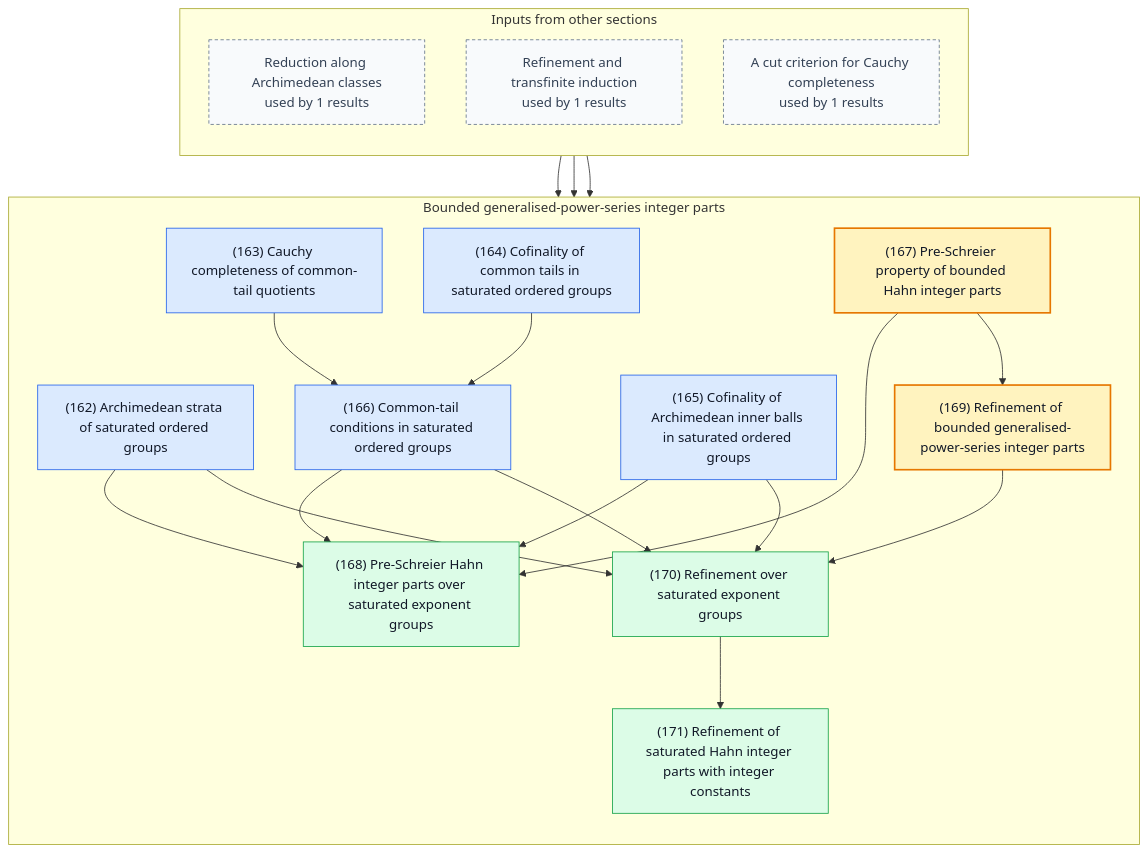
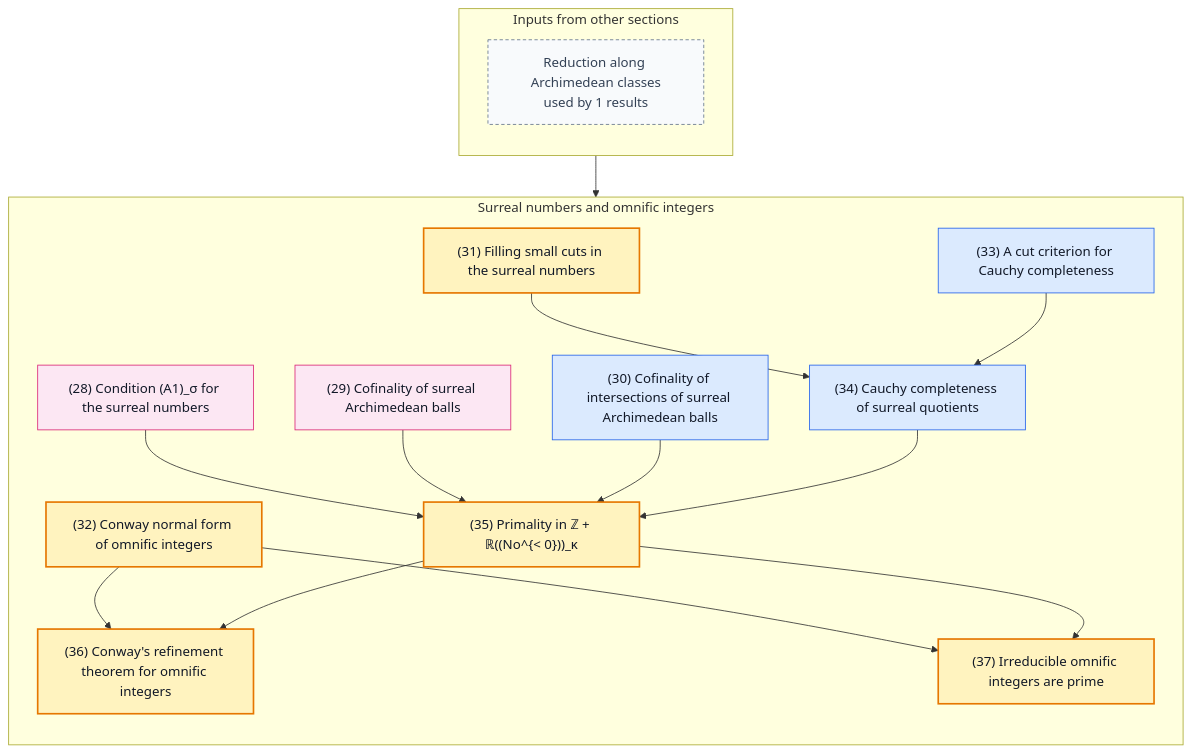
The fifth of 5 diagrams in README.md (gaearon/conway-refinement), drawn with Mermaid before and after one commit. The commit also changed other lines of this file and 699 other files, not shown here.

````diff
--- a/README.md
+++ b/README.md
@@ -1266,59 +378,53 @@
 ```mermaid
 %% Generated by scripts/blueprint.sh; do not edit.
 %% Other sections are compressed to boundary nodes.
 %% Solid arrows are proof dependencies; dashed arrows are statement dependencies.
 flowchart TB
   subgraph inputs["Inputs from other sections"]
     direction TB
     in0["Reduction along Archimedean classes<br/>used by 1 results"]:::boundary
-    in1["Refinement and transfinite induction<br/>used by 1 results"]:::boundary
-    in2["A cut criterion for Cauchy completeness<br/>used by 1 results"]:::boundary
   end
-  subgraph current["Bounded generalised-power-series integer parts"]
+  subgraph current["Surreal numbers and omnific integers"]
     direction TB
-    n162["(162) Archimedean strata of saturated ordered groups"]:::lemma
-    n163["(163) Cauchy completeness of common-tail quotients"]:::lemma
-    n164["(164) Cofinality of common tails in saturated ordered groups"]:::lemma
-    n165["(165) Cofinality of Archimedean inner balls in saturated ordered groups"]:::lemma
-    n166["(166) Common-tail conditions in saturated ordered groups"]:::lemma
-    n167["(167) Pre-Schreier property of bounded Hahn integer parts"]:::theorem
-    n168["(168) Pre-Schreier Hahn integer parts over saturated exponent groups"]:::corollary
-    n169["(169) Refinement of bounded generalised-power-series integer parts"]:::theorem
-    n170["(170) Refinement over saturated exponent groups"]:::corollary
-    n171["(171) Refinement of saturated Hahn integer parts with integer constants"]:::corollary
+    n028["(28) Condition (A1)_σ for the surreal numbers"]:::fact
+    n029["(29) Cofinality of surreal Archimedean balls"]:::fact
+    n030["(30) Cofinality of intersections of surreal Archimedean balls"]:::lemma
+    n031["(31) Filling small cuts in the surreal numbers"]:::theorem
+    n032["(32) Conway normal form of omnific integers"]:::theorem
+    n033["(33) A cut criterion for Cauchy completeness"]:::lemma
+    n034["(34) Cauchy completeness of surreal quotients"]:::lemma
+    n035["(35) Primality in ℤ + ℝ((No^{&lt; 0}))_κ"]:::theorem
+    n036["(36) Conway's refinement theorem for omnific integers"]:::theorem
+    n037["(37) Irreducible omnific integers are prime"]:::theorem
   end
 
-  n163 --> n166
-  n164 --> n166
-  n162 --> n168
-  n165 --> n168
-  n166 --> n168
-  n167 --> n168
-  n167 --> n169
-  n162 --> n170
-  n165 --> n170
-  n166 --> n170
-  n169 --> n170
-  n170 --> n171
-  in2 --> n163
-  in0 --> n166
-  in1 --> n167
-  click n162 "https://gaearon.github.io/conway-refinement/#/result/saturated-archimedean-strata-real" "Open the statement for lemma 162"
-  click n163 "https://gaearon.github.io/conway-refinement/#/result/saturated-common-tail-quotient-complete" "Open the statement for lemma 163"
-  click n164 "https://gaearon.github.io/conway-refinement/#/result/saturated-common-tail-cofinality" "Open the statement for lemma 164"
-  click n165 "https://gaearon.github.io/conway-refinement/#/result/saturated-inner-ball-cofinality" "Open the statement for lemma 165"
-  click n166 "https://gaearon.github.io/conway-refinement/#/result/saturated-common-tail-conditions" "Open the statement for lemma 166"
-  click n167 "https://gaearon.github.io/conway-refinement/#/result/hahn-integer-part-pre-schreier" "Open the statement for theorem 167"
-  click n168 "https://gaearon.github.io/conway-refinement/#/result/hahn-integer-part-pre-schreier-of-saturation" "Open the statement for corollary 168"
-  click n169 "https://gaearon.github.io/conway-refinement/#/result/hahn-integer-part-refinement" "Open the statement for theorem 169"
-  click n170 "https://gaearon.github.io/conway-refinement/#/result/hahn-integer-part-refinement-of-saturation" "Open the statement for corollary 170"
-  click n171 "https://gaearon.github.io/conway-refinement/#/result/integer-hahn-refinement-of-saturation" "Open the statement for corollary 171"
+  n031 --> n034
+  n033 --> n034
+  n028 --> n035
+  n029 --> n035
+  n030 --> n035
+  n034 --> n035
+  n032 --> n036
+  n035 --> n036
+  n032 --> n037
+  n035 --> n037
+  in0 --> n035
+  click n028 "https://gaearon.github.io/conway-refinement/#/result/surreal-archimedean-strata" "Open the statement for fact 28"
+  click n029 "https://gaearon.github.io/conway-refinement/#/result/surreal-archimedean-ball-cofinality" "Open the statement for fact 29"
+  click n030 "https://gaearon.github.io/conway-refinement/#/result/surreal-common-tail-cofinality" "Open the statement for lemma 30"
+  click n031 "https://gaearon.github.io/conway-refinement/#/result/surreal-simplicity-small-cuts" "Open the statement for theorem 31"
+  click n032 "https://gaearon.github.io/conway-refinement/#/result/signed-normal-form-omnific-integer-equivalence" "Open the statement for theorem 32"
+  click n033 "https://gaearon.github.io/conway-refinement/#/result/complete-of-coinitial-scales-and-cut-filling" "Open the statement for lemma 33"
+  click n034 "https://gaearon.github.io/conway-refinement/#/result/surreal-common-tail-quotient-complete" "Open the statement for lemma 34"
+  click n035 "https://gaearon.github.io/conway-refinement/#/result/surreal-hahn-integer-part-primality" "Open the statement for theorem 35"
+  click n036 "https://gaearon.github.io/conway-refinement/#/result/conway-refinement" "Open the statement for theorem 36"
+  click n037 "https://gaearon.github.io/conway-refinement/#/result/omnific-factorisation" "Open the statement for theorem 37"
 
   classDef theorem fill:#fff3bf,stroke:#e67700,stroke-width:2px,color:#111827
   classDef definition fill:#f3f4f6,stroke:#4b5563,color:#111827
   classDef lemma fill:#dbeafe,stroke:#2563eb,color:#111827
   classDef proposition fill:#ede9fe,stroke:#7c3aed,color:#111827
   classDef corollary fill:#dcfce7,stroke:#16a34a,color:#111827
   classDef fact fill:#fce7f3,stroke:#db2777,color:#111827
   classDef boundary fill:#f8fafc,stroke:#64748b,stroke-dasharray:4 3,color:#334155
 ```
````
